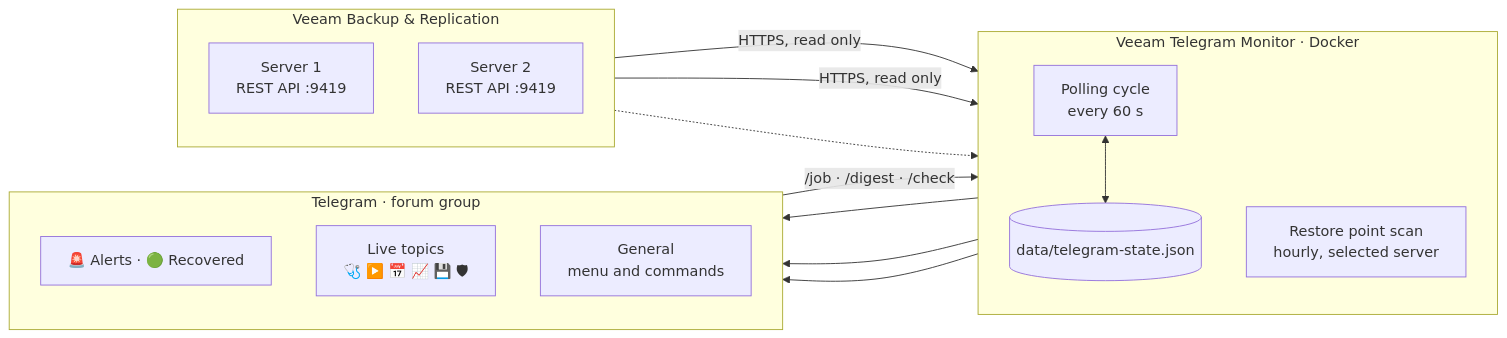
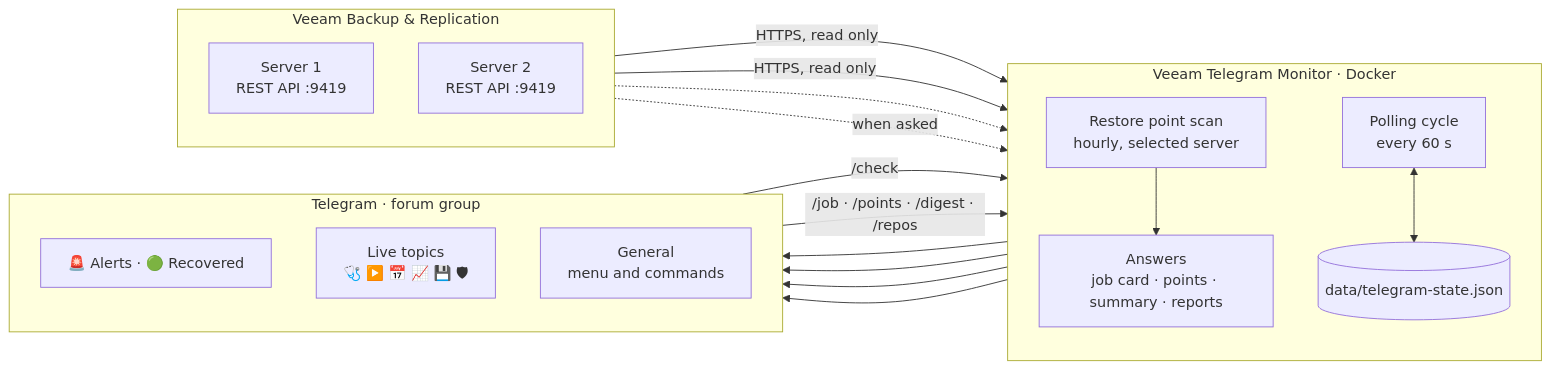
One commit to MuratFaizulla/veeam-monit changed the diagram in docs/architecture.md. Above: the diagram before and after it, drawn with Mermaid. The commit also changed 7 other files, not shown here.

````diff
--- a/docs/architecture.md
+++ b/docs/architecture.md
@@ -5,31 +5,36 @@
 ```mermaid
 flowchart LR
     subgraph VBR["Veeam Backup & Replication"]
         direction TB
         V1["Server 1<br/>REST API :9419"]
         V2["Server 2<br/>REST API :9419"]
     end
 
     subgraph BOT["Veeam Telegram Monitor · Docker"]
         direction TB
         C["Polling cycle<br/>every 60 s"]
         E["Restore point scan<br/>hourly, selected server"]
+        Q["Answers<br/>job card · points · summary · reports"]
         S[("data/telegram-state.json")]
     end
 
     subgraph TG["Telegram · forum group"]
         direction TB
         A["🚨 Alerts · 🟢 Recovered"]
         L["Live topics<br/>🩺 ▶️ 📅 📈 💾 🛡"]
         G["General<br/>menu and commands"]
     end
 
     V1 -- "HTTPS, read only" --> C
     V2 -- "HTTPS, read only" --> C
     V1 -.-> E
     C --> A
     C --> L
     E --> L
+    V1 -. "when asked" .-> Q
+    E --> Q
     C <--> S
-    G -- "/job · /digest · /check" --> C
+    G -- "/check" --> C
+    G -- "/job · /points · /digest · /repos" --> Q
+    Q --> G
 ```
````
